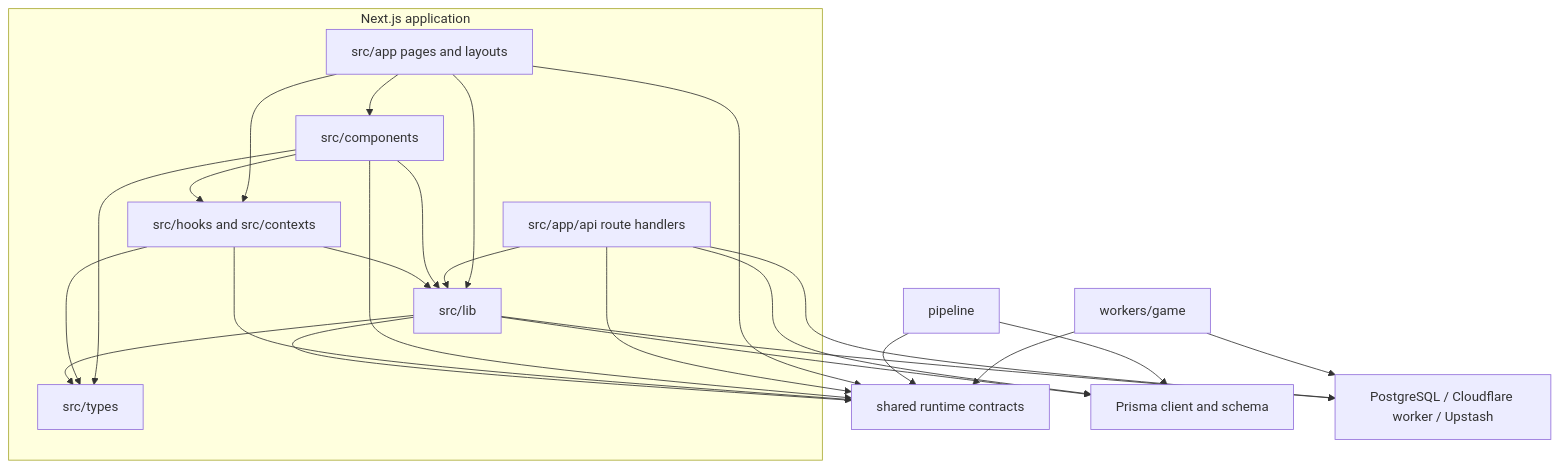
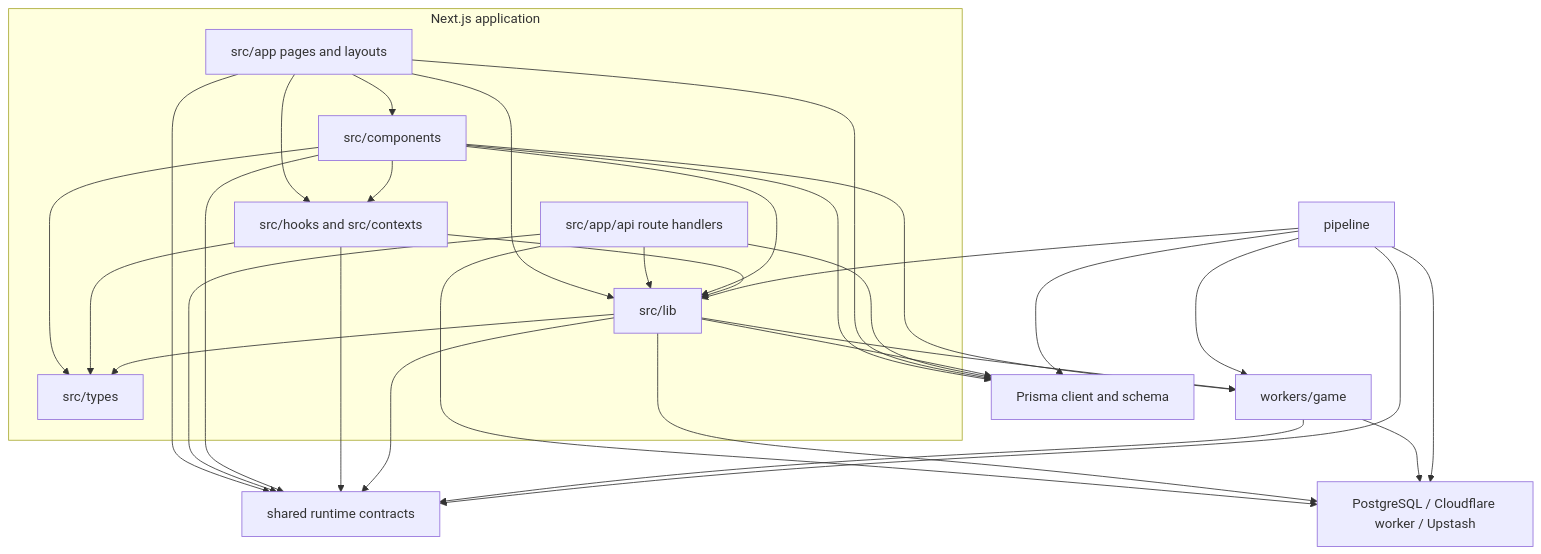
Before and after one commit to corycunanan/optcg-sim: the diagram in docs/architecture/MODULE-DEPENDENCIES.md, drawn with Mermaid. The commit also changed other lines of this file and 1 other file, not shown here.

````diff
--- a/docs/architecture/MODULE-DEPENDENCIES.md
+++ b/docs/architecture/MODULE-DEPENDENCIES.md
@@ -7,43 +7,50 @@
 ```mermaid
 flowchart TD
   subgraph Next[Next.js application]
     APP[src/app pages and layouts]
     API[src/app/api route handlers]
     UI[src/components]
     HOOKS[src/hooks and src/contexts]
     LIB[src/lib]
     TYPES[src/types]
   end
 
   SHARED[shared runtime contracts]
   WORKER[workers/game]
   PIPELINE[pipeline]
   PRISMA[Prisma client and schema]
   EXTERNAL[PostgreSQL / Cloudflare worker / Upstash]
 
   APP --> UI
   APP --> HOOKS
   APP --> LIB
   API --> LIB
   UI --> HOOKS
   UI --> LIB
   UI --> TYPES
+  UI --> WORKER
+  UI --> PRISMA
   HOOKS --> LIB
   HOOKS --> TYPES
   LIB --> TYPES
+  LIB --> WORKER
 
   APP --> SHARED
   API --> SHARED
   UI --> SHARED
   HOOKS --> SHARED
   LIB --> SHARED
   WORKER --> SHARED
   PIPELINE --> SHARED
 
+  APP --> PRISMA
   API --> PRISMA
   LIB --> PRISMA
   PIPELINE --> PRISMA
+  PIPELINE --> LIB
+  PIPELINE --> WORKER
   API --> EXTERNAL
   LIB --> EXTERNAL
   WORKER --> EXTERNAL
+  PIPELINE --> EXTERNAL
 ```
````
